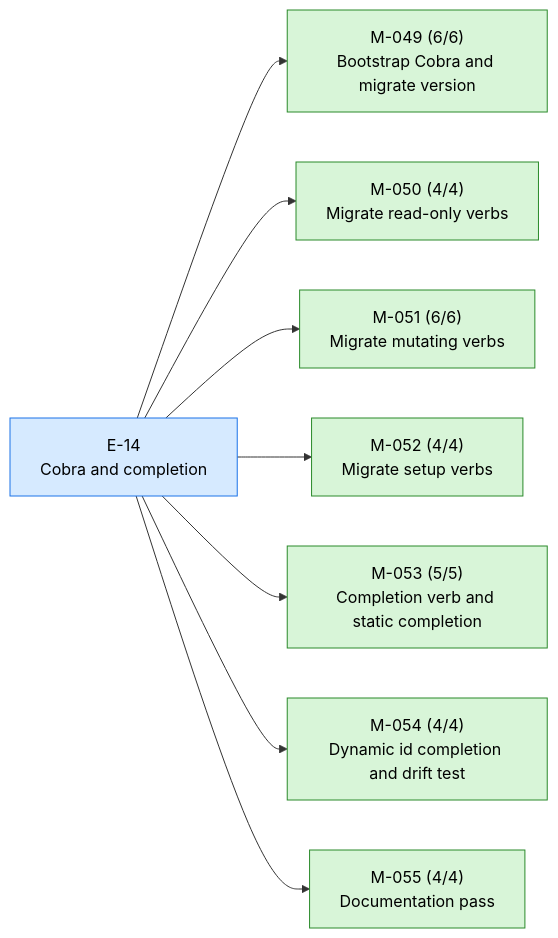
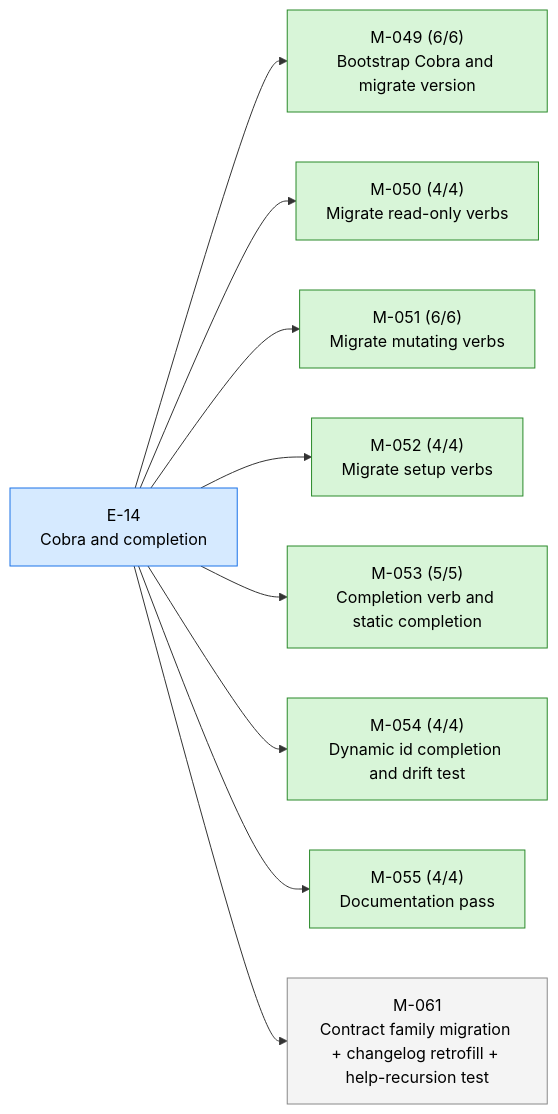
Before and after one commit to 23min/aiwf: the first of 2 diagrams in STATUS.md, drawn with Mermaid. The commit also changed other lines of this file and 1 other file, not shown here.

First line of the commit message:
aiwf add milestone M-061 "Contract family migration + changelog retrofill + help-recursion test"

````diff
--- a/STATUS.md
+++ b/STATUS.md
@@ -17,24 +18,26 @@
 ```mermaid
 flowchart LR
   E_14["E-14<br/>Cobra and completion"]:::epic_active
   M_049["M-049 (6/6)<br/>Bootstrap Cobra and migrate version"]:::ms_done
   E_14 --> M_049
   M_050["M-050 (4/4)<br/>Migrate read-only verbs"]:::ms_done
   E_14 --> M_050
   M_051["M-051 (6/6)<br/>Migrate mutating verbs"]:::ms_done
   E_14 --> M_051
   M_052["M-052 (4/4)<br/>Migrate setup verbs"]:::ms_done
   E_14 --> M_052
   M_053["M-053 (5/5)<br/>Completion verb and static completion"]:::ms_done
   E_14 --> M_053
   M_054["M-054 (4/4)<br/>Dynamic id completion and drift test"]:::ms_done
   E_14 --> M_054
   M_055["M-055 (4/4)<br/>Documentation pass"]:::ms_done
   E_14 --> M_055
+  M_061["M-061<br/>Contract family migration + changelog retrofill + help-recursion test"]:::ms_draft
+  E_14 --> M_061
   classDef epic_active fill:#d6eaff,stroke:#1a73e8,color:#000
   classDef epic_proposed fill:#f4f4f4,stroke:#888,color:#000
   classDef ms_done fill:#d8f5d8,stroke:#2a8a2a,color:#000
   classDef ms_in_progress fill:#fff3c4,stroke:#caa400,color:#000
   classDef ms_draft fill:#f4f4f4,stroke:#888,color:#000
   classDef ms_cancelled fill:#fbeaea,stroke:#c33,color:#000
 ```
````
